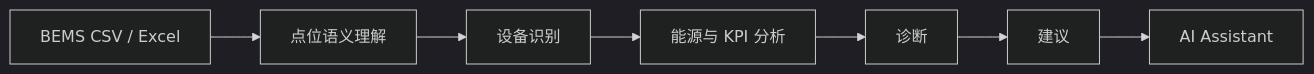
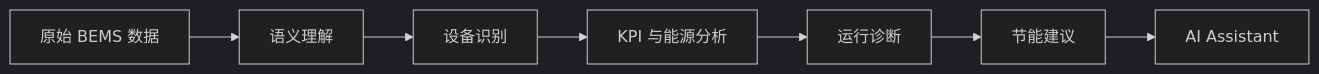
The first of 3 diagrams in README_zh.md (KaedeharaT/hvac-ai-analyzer), drawn with Mermaid (dark theme) before and after one commit. The commit also changed other lines of this file and 1 other file, not shown here.

````diff
--- a/README_zh.md
+++ b/README_zh.md
@@ -36,9 +27,9 @@
 ```mermaid
 flowchart LR
-    A[BEMS CSV / Excel] --> B[点位语义理解]
+    A[原始 BEMS 数据] --> B[语义理解]
     B --> C[设备识别]
-    C --> D[能源与 KPI 分析]
-    D --> E[诊断]
-    E --> F[建议]
+    C --> D[KPI 与能源分析]
+    D --> E[运行诊断]
+    E --> F[节能建议]
     F --> G[AI Assistant]
 ```
````
